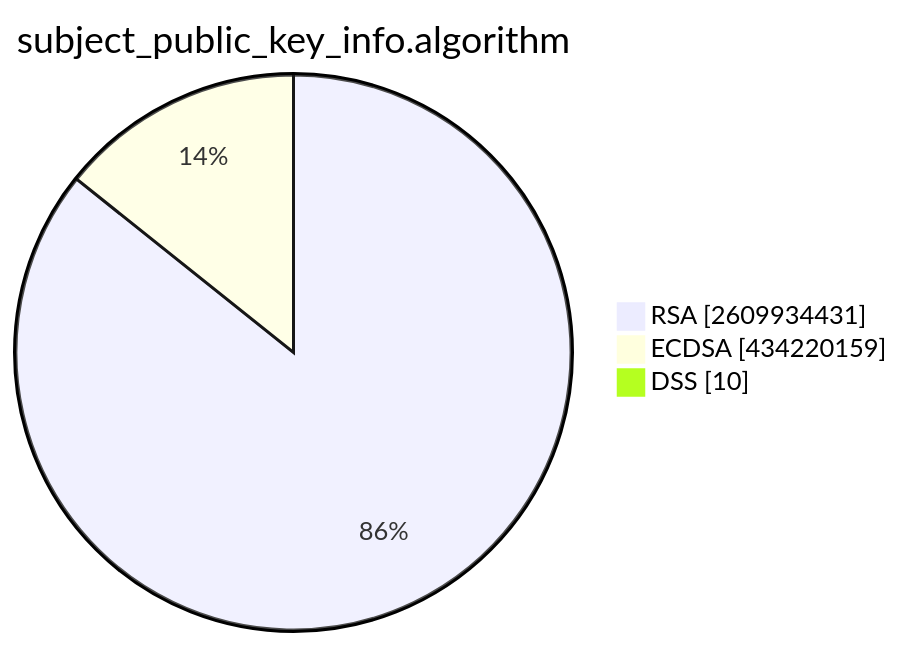
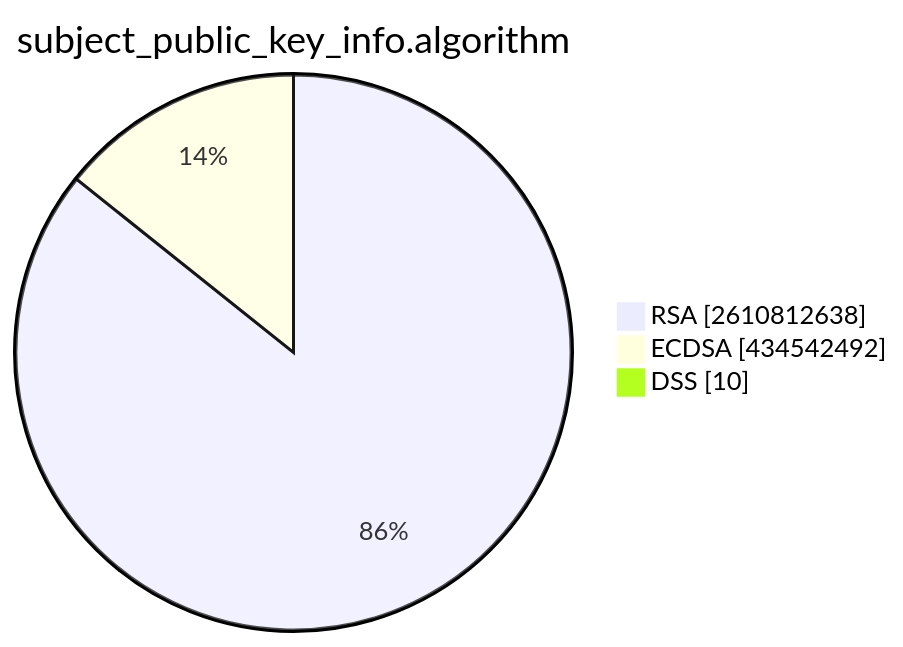
The second of 15 diagrams in TOTAL/README.md (christiankrug/ctmonitor_visualization), drawn with Mermaid before and after one commit. The commit also changed other lines of this file, not shown here.

````diff
--- a/TOTAL/README.md
+++ b/TOTAL/README.md
@@ -6,7 +6,7 @@
 ```mermaid
 pie showData
 title subject_public_key_info.algorithm
-"RSA" :2609934431
-"ECDSA" :434220159
+"RSA" :2610812638
+"ECDSA" :434542492
 "DSS" :10
 ```
````
